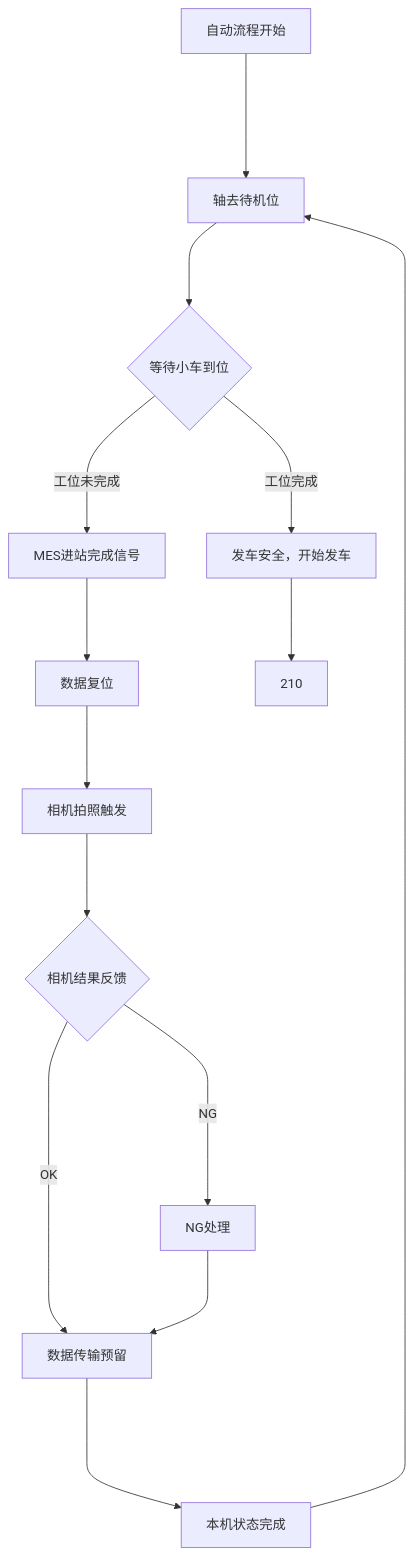
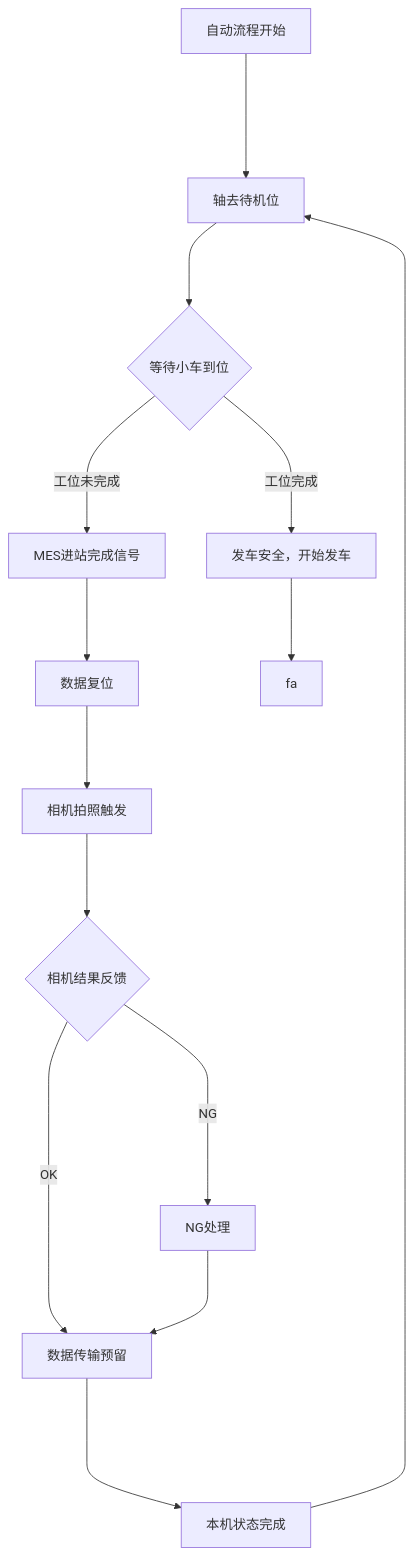
The diagram in all/OP70工位相机模组1.md (zmq000/iodraw-files), drawn with Mermaid before and after one commit.

Commit message:
2026-06-17 19:08:58 update

````diff
--- a/all/OP70工位相机模组1.md
+++ b/all/OP70工位相机模组1.md
@@ -1,18 +1,18 @@
 ```mermaid
 graph TD
 自动流程开始---->10
 10[轴去待机位]--->20
 20{等待小车到位}--->|工位未完成|100
 20--->|工位完成|200
 100[MES进站完成信号]--->110
 110[数据复位]--->120
 120[相机拍照触发]--->130
 130{相机结果反馈}--->|OK|150
 130---->|NG|140
 140[NG处理]--->150
 150[数据传输预留]---->160
 160[本机状态完成]--->10
 200[发车安全，开始发车]--->210
-
+210[fa]
 
 ```
````
